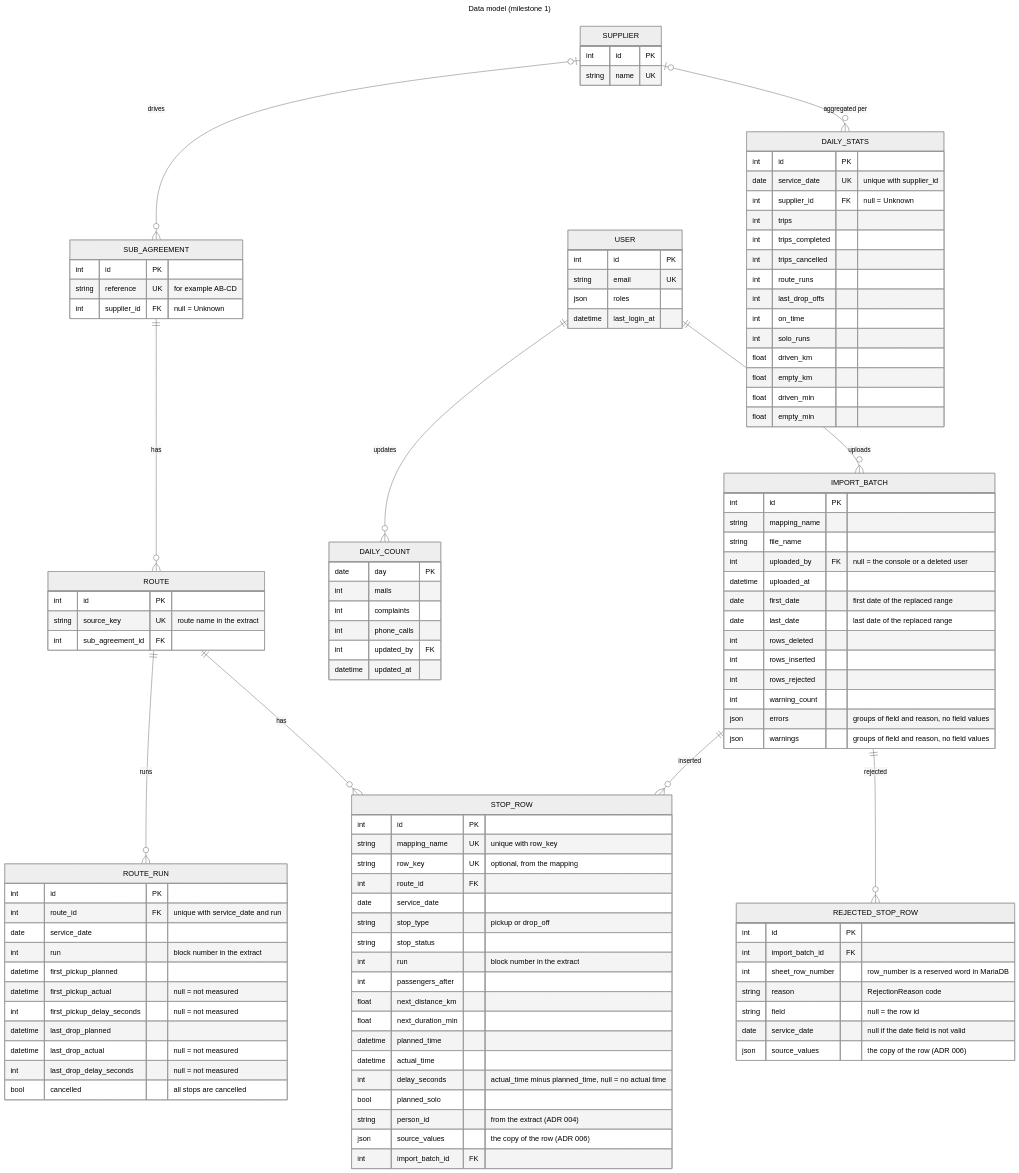
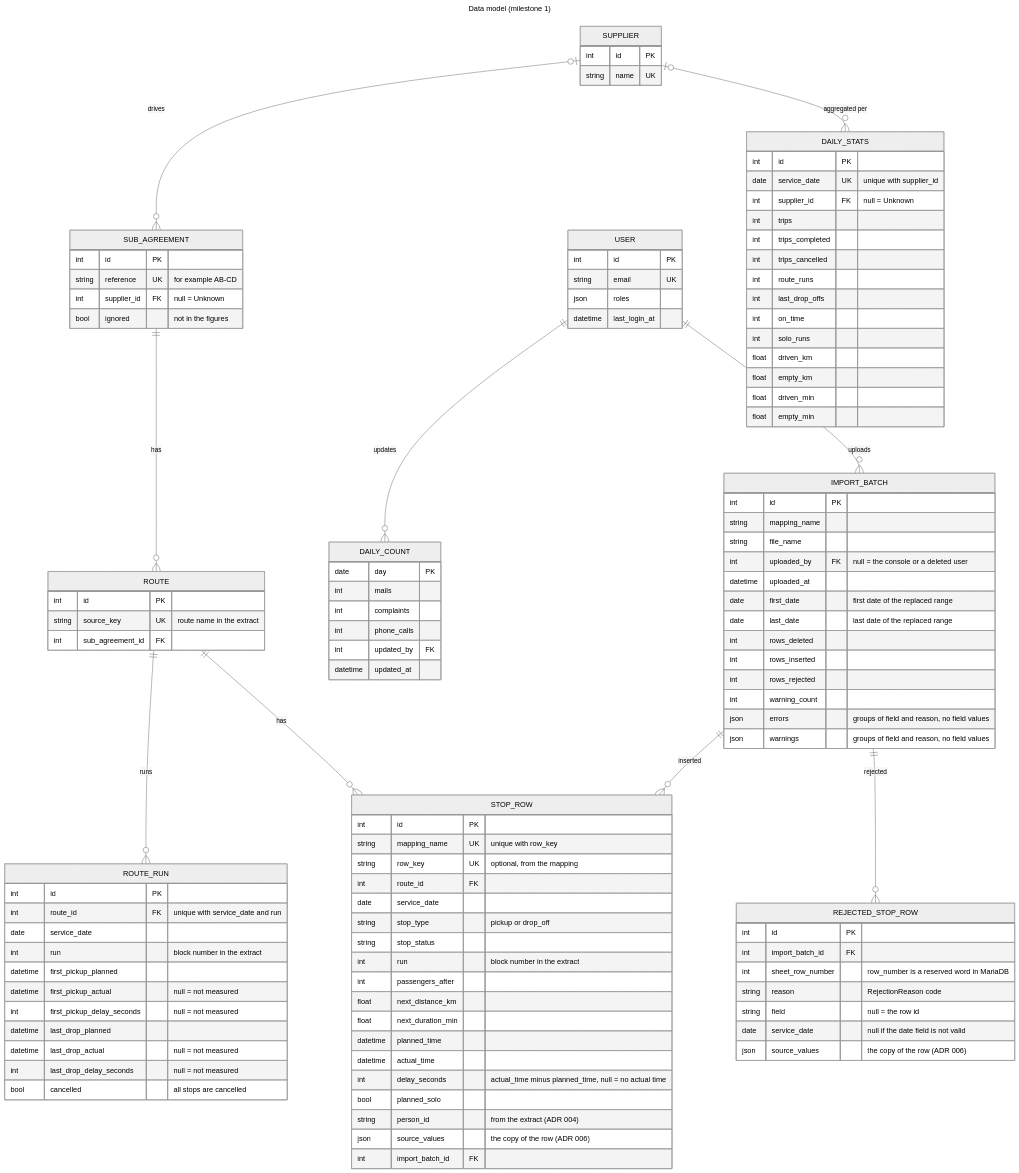
Before and after one commit to itk-dev/koerselsoverblik: the fourth of 7 diagrams in docs/architecture.md, drawn with Mermaid (neutral theme). The commit also changed other lines of this file and 21 other files, not shown here.

```diff
--- a/docs/architecture.md
+++ b/docs/architecture.md
@@ -250,6 +250,7 @@
         int id PK
         string reference UK "for example AB-CD"
         int supplier_id FK "null = Unknown"
+        bool ignored "not in the figures"
     }
     ROUTE {
         int id PK
```
